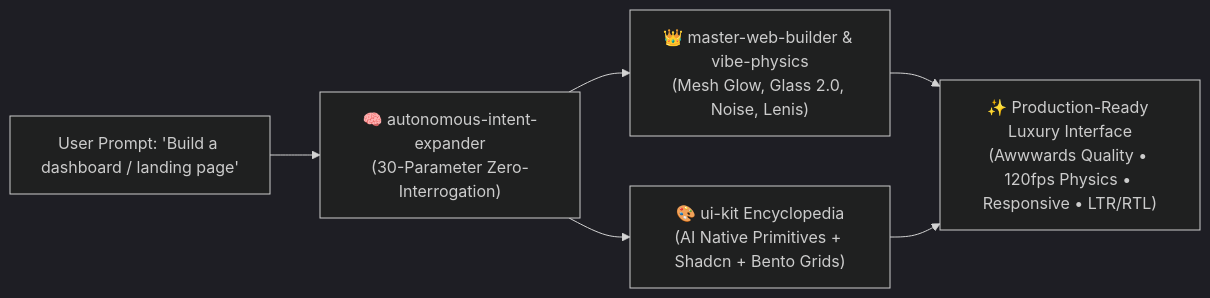
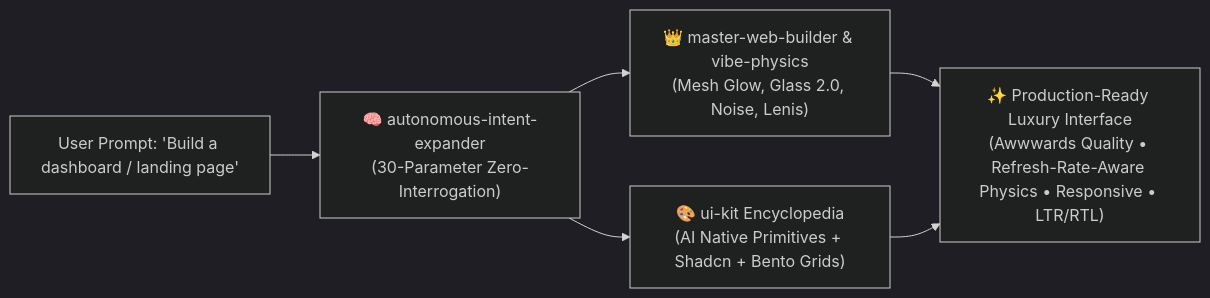
The diagram in README.md (omid-io/vibe-ui-skills), drawn with Mermaid (dark theme) before and after one commit. The commit also changed other lines of this file and 20 other files, not shown here.

Commit message:
feat(v2): complete architecture & credibility refactor based on technical audits

````diff
--- a/README.md
+++ b/README.md
@@ -48,7 +48,7 @@
 ```mermaid
 flowchart LR
     UserPrompt["User Prompt: 'Build a dashboard / landing page'"] --> Expander["🧠 autonomous-intent-expander\n(30-Parameter Zero-Interrogation)"]
     Expander --> VisualEngine["👑 master-web-builder & vibe-physics\n(Mesh Glow, Glass 2.0, Noise, Lenis)"]
     Expander --> ComponentCatalog["🎨 ui-kit Encyclopedia\n(AI Native Primitives + Shadcn + Bento Grids)"]
-    VisualEngine & ComponentCatalog --> Masterpiece["✨ Production-Ready Luxury Interface\n(Awwwards Quality • 120fps Physics • Responsive • LTR/RTL)"]
+    VisualEngine & ComponentCatalog --> Masterpiece["✨ Production-Ready Luxury Interface\n(Awwwards Quality • Refresh-Rate-Aware Physics • Responsive • LTR/RTL)"]
 ```
````
